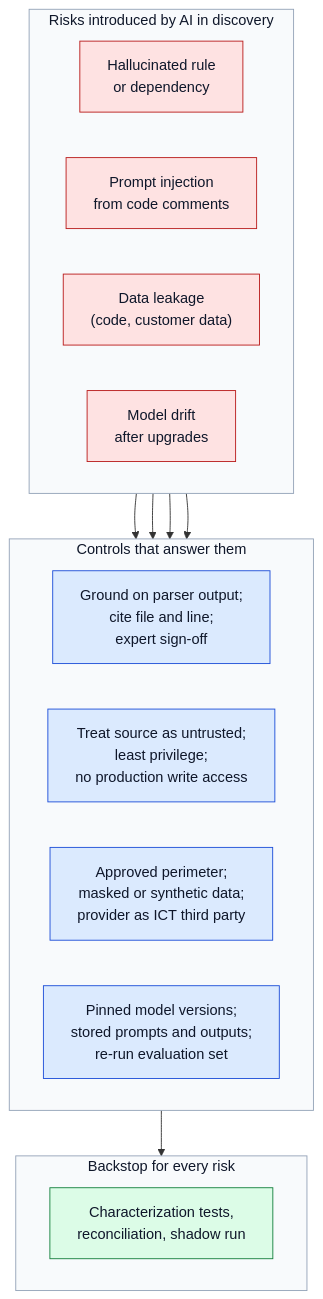
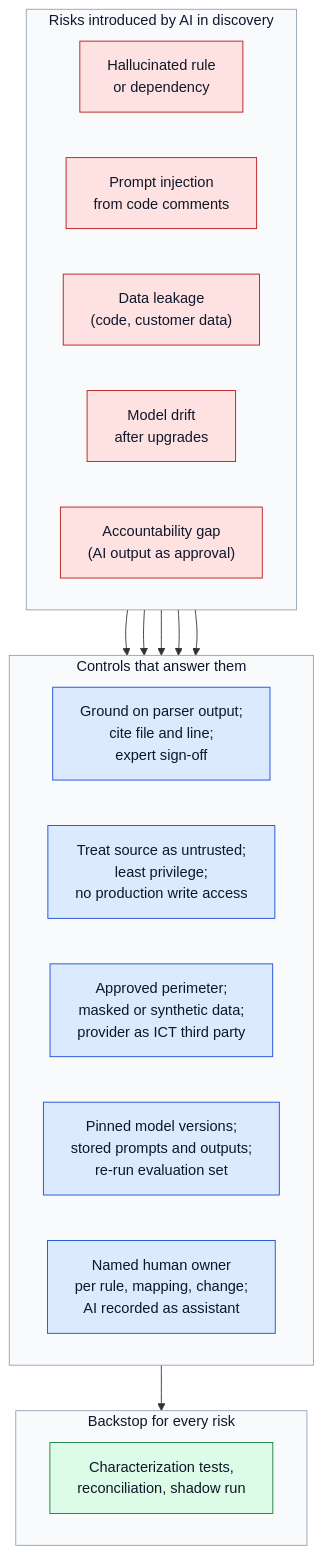
One commit to wallaceespindola/banking-modernization-with-ai changed the diagram in docs/articles/infoq/diagrams/risk-control-map.mmd. Above: the diagram before and after it, drawn with Mermaid. The commit also changed 34 other files, not shown here.

First line of the commit message:
Apply series review fixes across articles, diagrams and deck

```diff
--- a/docs/articles/infoq/diagrams/risk-control-map.mmd
+++ b/docs/articles/infoq/diagrams/risk-control-map.mmd
@@ -1,33 +1,36 @@
 flowchart TB
     subgraph RISKS["Risks introduced by AI in discovery"]
         direction LR
         R1["Hallucinated rule<br/>or dependency"]
         R2["Prompt injection<br/>from code comments"]
         R3["Data leakage<br/>(code, customer data)"]
         R4["Model drift<br/>after upgrades"]
+        R5["Accountability gap<br/>(AI output as approval)"]
     end
     subgraph CONTROLS["Controls that answer them"]
         direction LR
         C1["Ground on parser output;<br/>cite file and line;<br/>expert sign-off"]
         C2["Treat source as untrusted;<br/>least privilege;<br/>no production write access"]
         C3["Approved perimeter;<br/>masked or synthetic data;<br/>provider as ICT third party"]
         C4["Pinned model versions;<br/>stored prompts and outputs;<br/>re-run evaluation set"]
+        C5["Named human owner<br/>per rule, mapping, change;<br/>AI recorded as assistant"]
     end
     subgraph BACKSTOP["Backstop for every risk"]
         direction LR
         B1["Characterization tests,<br/>reconciliation, shadow run"]
     end
     R1 --> C1
     R2 --> C2
     R3 --> C3
     R4 --> C4
+    R5 --> C5
     CONTROLS --> BACKSTOP
 
     classDef risk fill:#fee2e2,stroke:#b91c1c,color:#0f172a
     classDef ctrl fill:#dbeafe,stroke:#1d4ed8,color:#0f172a
     classDef back fill:#dcfce7,stroke:#15803d,color:#0f172a
-    class R1,R2,R3,R4 risk
-    class C1,C2,C3,C4 ctrl
+    class R1,R2,R3,R4,R5 risk
+    class C1,C2,C3,C4,C5 ctrl
     class B1 back
     classDef layer fill:#f8fafc,stroke:#94a3b8,color:#0f172a
     class RISKS,CONTROLS,BACKSTOP layer
```
